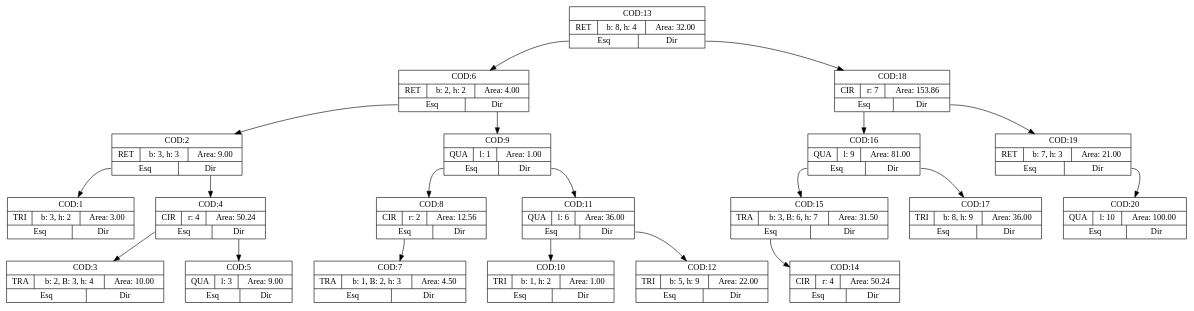
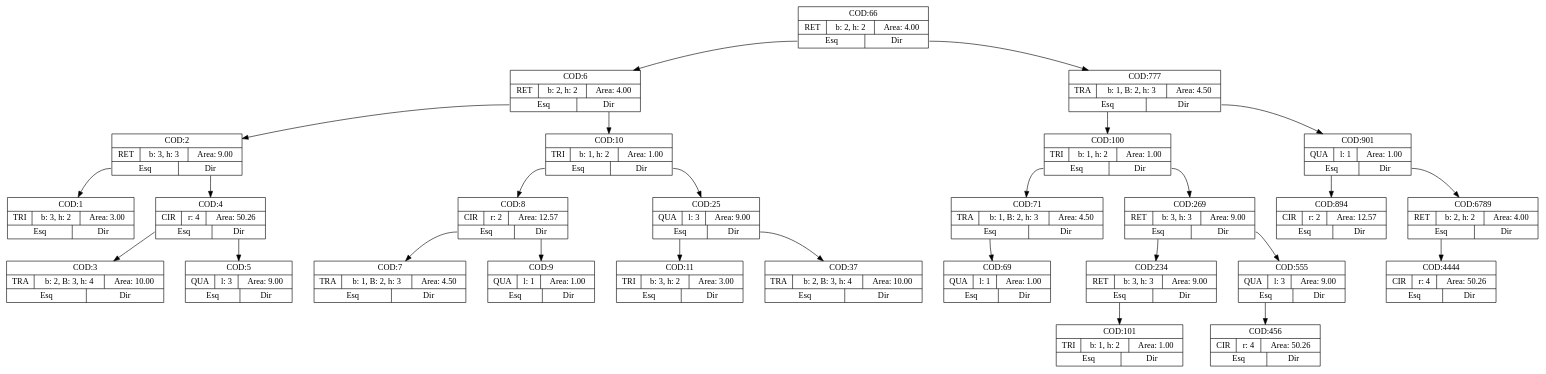
The diagram in arvoreAVL.dot (luigy-mach/EDA-UFF2019-1), drawn with Graphviz before and after one commit. The commit also changed 17 other files, not shown here.

```diff
--- a/arvoreAVL.dot
+++ b/arvoreAVL.dot
@@ -1,45 +1,59 @@
 digraph structs {
 nodesep=.5;
 node [shape=record];
-13 [shape=record,label="{<f0> COD:13 |{RET|b: 8, h: 4|Area: 32.00 }|{<f1> Esq|<f2> Dir}}"];
+66 [shape=record,label="{<f0> COD:66 |{RET|b: 2, h: 2|Area: 4.00 }|{<f1> Esq|<f2> Dir}}"];
 6 [shape=record,label="{<f0> COD:6 |{RET|b: 2, h: 2|Area: 4.00 }|{<f1> Esq|<f2> Dir}}"];
 2 [shape=record,label="{<f0> COD:2 |{RET|b: 3, h: 3|Area: 9.00 }|{<f1> Esq|<f2> Dir}}"];
 1 [shape=record,label="{<f0> COD:1 |{TRI|b: 3, h: 2|Area: 3.00 }|{<f1> Esq|<f2> Dir}}"];
-4 [shape=record,label="{<f0> COD:4 |{CIR|r: 4|Area: 50.24 }|{<f1> Esq|<f2> Dir}}"];
+4 [shape=record,label="{<f0> COD:4 |{CIR|r: 4|Area: 50.26 }|{<f1> Esq|<f2> Dir}}"];
 3 [shape=record,label="{<f0> COD:3 |{TRA|b: 2, B: 3, h: 4|Area: 10.00 }|{<f1> Esq|<f2> Dir}}"];
 5 [shape=record,label="{<f0> COD:5 |{QUA|l: 3|Area: 9.00 }|{<f1> Esq|<f2> Dir}}"];
+10 [shape=record,label="{<f0> COD:10 |{TRI|b: 1, h: 2|Area: 1.00 }|{<f1> Esq|<f2> Dir}}"];
+8 [shape=record,label="{<f0> COD:8 |{CIR|r: 2|Area: 12.57 }|{<f1> Esq|<f2> Dir}}"];
+7 [shape=record,label="{<f0> COD:7 |{TRA|b: 1, B: 2, h: 3|Area: 4.50 }|{<f1> Esq|<f2> Dir}}"];
 9 [shape=record,label="{<f0> COD:9 |{QUA|l: 1|Area: 1.00 }|{<f1> Esq|<f2> Dir}}"];
-8 [shape=record,label="{<f0> COD:8 |{CIR|r: 2|Area: 12.56 }|{<f1> Esq|<f2> Dir}}"];
-7 [shape=record,label="{<f0> COD:7 |{TRA|b: 1, B: 2, h: 3|Area: 4.50 }|{<f1> Esq|<f2> Dir}}"];
-11 [shape=record,label="{<f0> COD:11 |{QUA|l: 6|Area: 36.00 }|{<f1> Esq|<f2> Dir}}"];
-10 [shape=record,label="{<f0> COD:10 |{TRI|b: 1, h: 2|Area: 1.00 }|{<f1> Esq|<f2> Dir}}"];
-12 [shape=record,label="{<f0> COD:12 |{TRI|b: 5, h: 9|Area: 22.00 }|{<f1> Esq|<f2> Dir}}"];
-18 [shape=record,label="{<f0> COD:18 |{CIR|r: 7|Area: 153.86 }|{<f1> Esq|<f2> Dir}}"];
-16 [shape=record,label="{<f0> COD:16 |{QUA|l: 9|Area: 81.00 }|{<f1> Esq|<f2> Dir}}"];
-15 [shape=record,label="{<f0> COD:15 |{TRA|b: 3, B: 6, h: 7|Area: 31.50 }|{<f1> Esq|<f2> Dir}}"];
-14 [shape=record,label="{<f0> COD:14 |{CIR|r: 4|Area: 50.24 }|{<f1> Esq|<f2> Dir}}"];
-17 [shape=record,label="{<f0> COD:17 |{TRI|b: 8, h: 9|Area: 36.00 }|{<f1> Esq|<f2> Dir}}"];
-19 [shape=record,label="{<f0> COD:19 |{RET|b: 7, h: 3|Area: 21.00 }|{<f1> Esq|<f2> Dir}}"];
-20 [shape=record,label="{<f0> COD:20 |{QUA|l: 10|Area: 100.00 }|{<f1> Esq|<f2> Dir}}"];
+25 [shape=record,label="{<f0> COD:25 |{QUA|l: 3|Area: 9.00 }|{<f1> Esq|<f2> Dir}}"];
+11 [shape=record,label="{<f0> COD:11 |{TRI|b: 3, h: 2|Area: 3.00 }|{<f1> Esq|<f2> Dir}}"];
+37 [shape=record,label="{<f0> COD:37 |{TRA|b: 2, B: 3, h: 4|Area: 10.00 }|{<f1> Esq|<f2> Dir}}"];
+777 [shape=record,label="{<f0> COD:777 |{TRA|b: 1, B: 2, h: 3|Area: 4.50 }|{<f1> Esq|<f2> Dir}}"];
+100 [shape=record,label="{<f0> COD:100 |{TRI|b: 1, h: 2|Area: 1.00 }|{<f1> Esq|<f2> Dir}}"];
+71 [shape=record,label="{<f0> COD:71 |{TRA|b: 1, B: 2, h: 3|Area: 4.50 }|{<f1> Esq|<f2> Dir}}"];
+69 [shape=record,label="{<f0> COD:69 |{QUA|l: 1|Area: 1.00 }|{<f1> Esq|<f2> Dir}}"];
+269 [shape=record,label="{<f0> COD:269 |{RET|b: 3, h: 3|Area: 9.00 }|{<f1> Esq|<f2> Dir}}"];
+234 [shape=record,label="{<f0> COD:234 |{RET|b: 3, h: 3|Area: 9.00 }|{<f1> Esq|<f2> Dir}}"];
+101 [shape=record,label="{<f0> COD:101 |{TRI|b: 1, h: 2|Area: 1.00 }|{<f1> Esq|<f2> Dir}}"];
+555 [shape=record,label="{<f0> COD:555 |{QUA|l: 3|Area: 9.00 }|{<f1> Esq|<f2> Dir}}"];
+456 [shape=record,label="{<f0> COD:456 |{CIR|r: 4|Area: 50.26 }|{<f1> Esq|<f2> Dir}}"];
+901 [shape=record,label="{<f0> COD:901 |{QUA|l: 1|Area: 1.00 }|{<f1> Esq|<f2> Dir}}"];
+894 [shape=record,label="{<f0> COD:894 |{CIR|r: 2|Area: 12.57 }|{<f1> Esq|<f2> Dir}}"];
+6789 [shape=record,label="{<f0> COD:6789 |{RET|b: 2, h: 2|Area: 4.00 }|{<f1> Esq|<f2> Dir}}"];
+4444 [shape=record,label="{<f0> COD:4444 |{CIR|r: 4|Area: 50.26 }|{<f1> Esq|<f2> Dir}}"];
 
-13:f1 -> 6;
+66:f1 -> 6;
 6:f1 -> 2;
 2:f1 -> 1;
 4:f1 -> 3;
-9:f1 -> 8;
+10:f1 -> 8;
 8:f1 -> 7;
-11:f1 -> 10;
-18:f1 -> 16;
-16:f1 -> 15;
-15:f1 -> 14;
+25:f1 -> 11;
+777:f1 -> 100;
+100:f1 -> 71;
+71:f1 -> 69;
+269:f1 -> 234;
+234:f1 -> 101;
+555:f1 -> 456;
+901:f1 -> 894;
+6789:f1 -> 4444;
 
-13:f2 -> 18;
-18:f2 -> 19;
-19:f2 -> 20;
-16:f2 -> 17;
-6:f2 -> 9;
-9:f2 -> 11;
-11:f2 -> 12;
+66:f2 -> 777;
+777:f2 -> 901;
+901:f2 -> 6789;
+100:f2 -> 269;
+269:f2 -> 555;
+6:f2 -> 10;
+10:f2 -> 25;
+25:f2 -> 37;
+8:f2 -> 9;
 2:f2 -> 4;
 4:f2 -> 5;
 }
```
